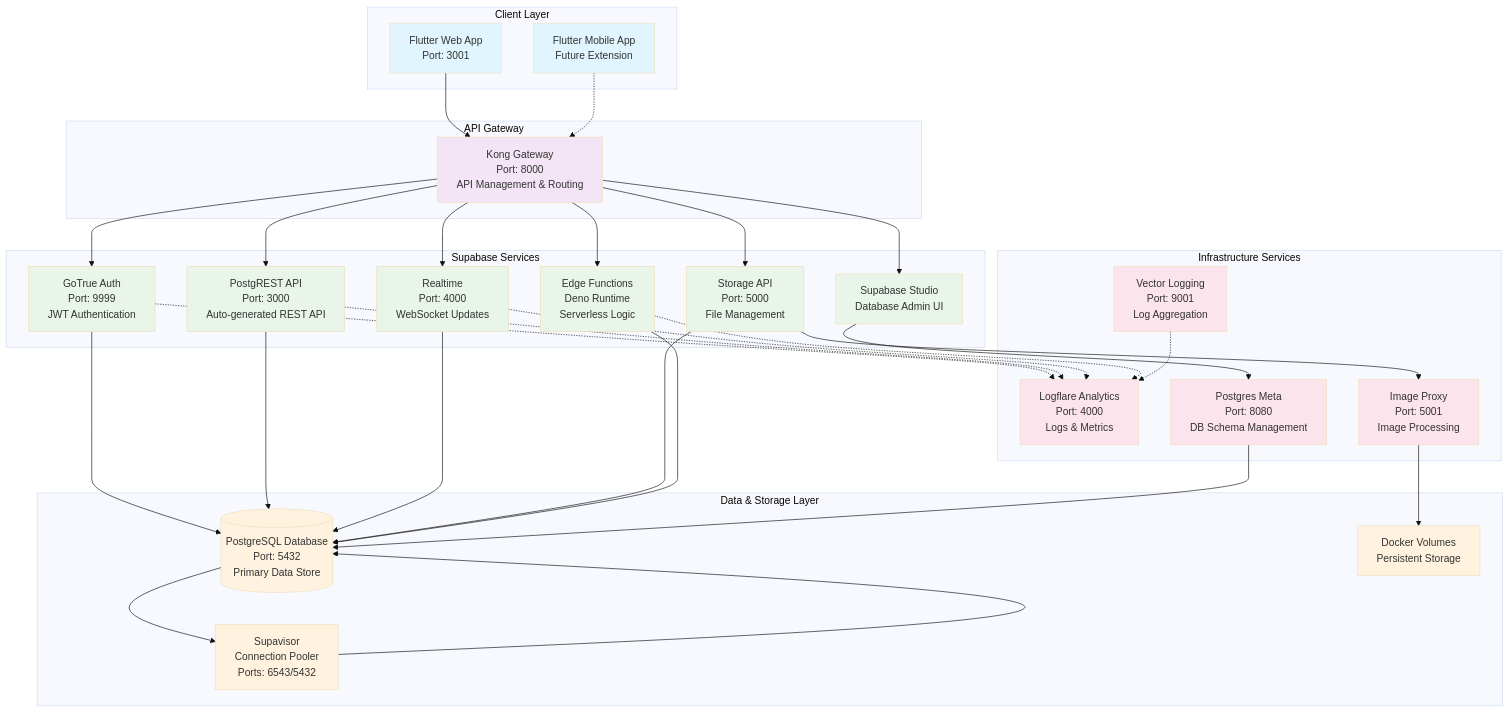
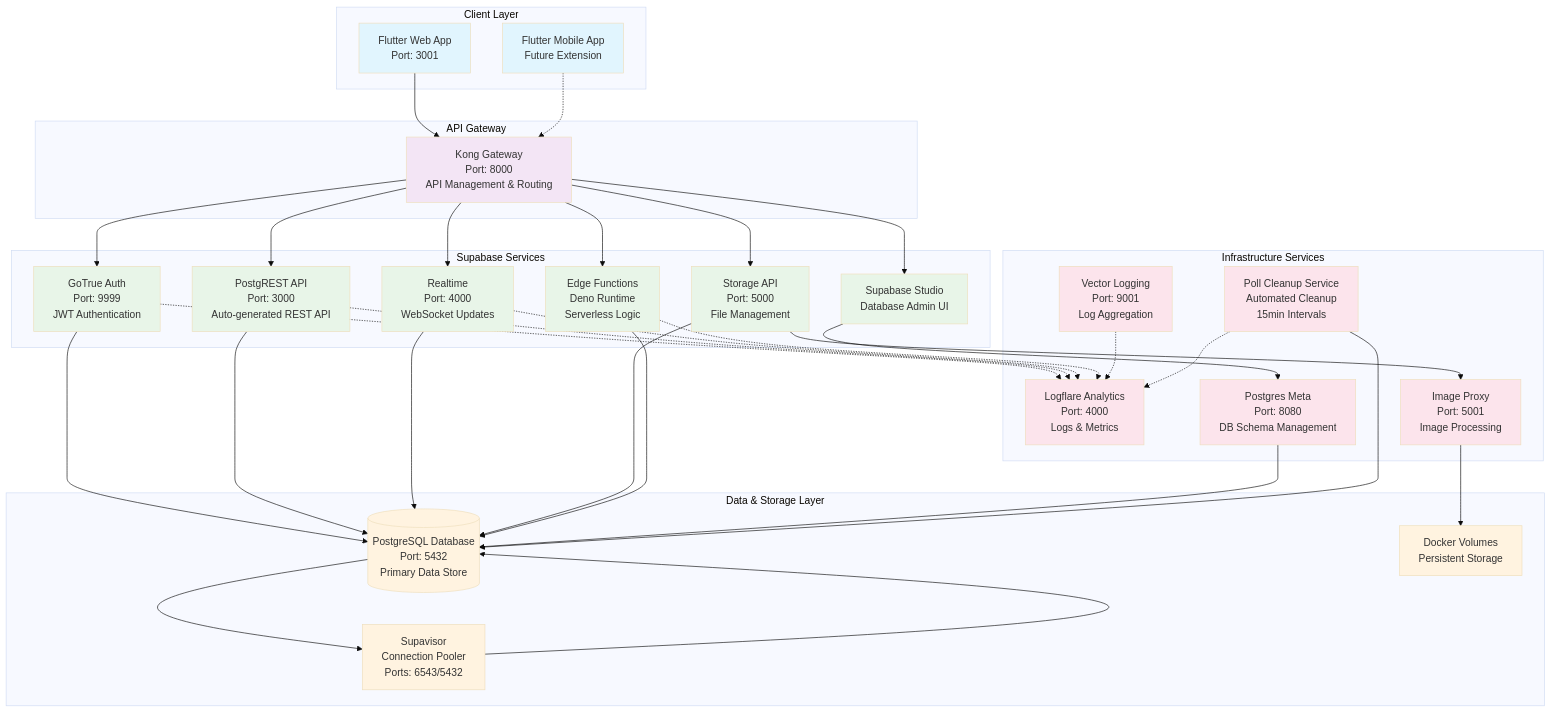
One commit to Ahmadre/Pollino changed the first of 2 diagrams in README.md. Above: the diagram before and after it, drawn with Mermaid (base theme). The commit also changed other lines of this file, not shown here.

````diff
--- a/README.md
+++ b/README.md
@@ -74,6 +74,7 @@
         META[Postgres Meta<br/>Port: 8080<br/>DB Schema Management]
         IMGPROXY[Image Proxy<br/>Port: 5001<br/>Image Processing]
         VECTOR[Vector Logging<br/>Port: 9001<br/>Log Aggregation]
+        CLEANUP[Poll Cleanup Service<br/>Automated Cleanup<br/>15min Intervals]
     end
 
     %% Data Flow Connections
@@ -109,6 +110,10 @@
 
     VECTOR -.-> ANALYTICS
     
+    %% Cleanup Service Connections
+    CLEANUP --> DB
+    CLEANUP -.-> ANALYTICS
+    
     %% Styling
     classDef frontend fill:#e1f5fe
     classDef gateway fill:#f3e5f5
@@ -120,5 +125,5 @@
     class KONG gateway
     class AUTH,REST,REALTIME,STORAGE,FUNCTIONS,STUDIO service
     class DB,POOLER,VOLUMES database
-    class ANALYTICS,META,IMGPROXY,VECTOR infrastructure
+    class ANALYTICS,META,IMGPROXY,VECTOR,CLEANUP infrastructure
 ```
````
